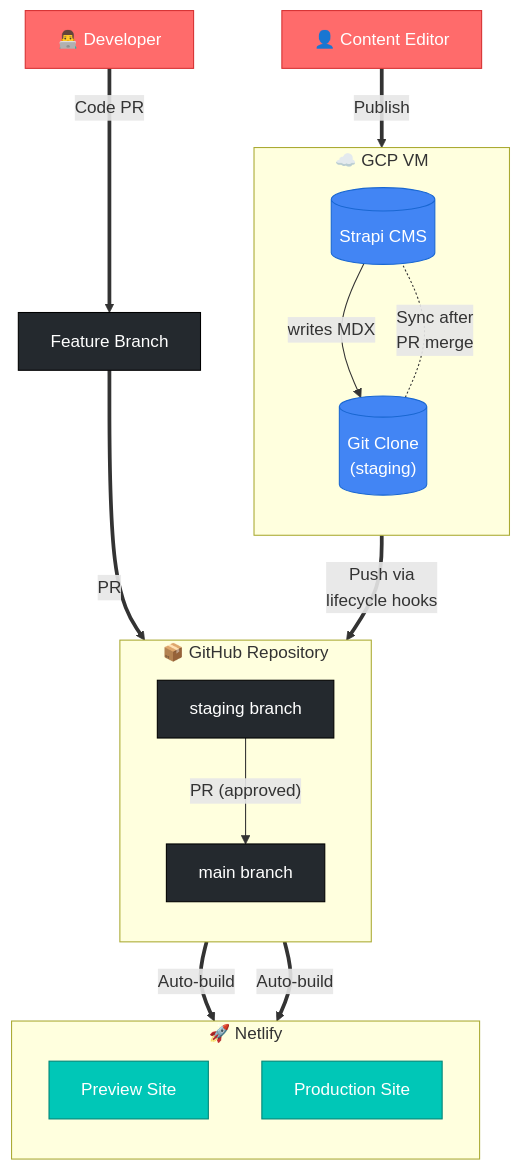
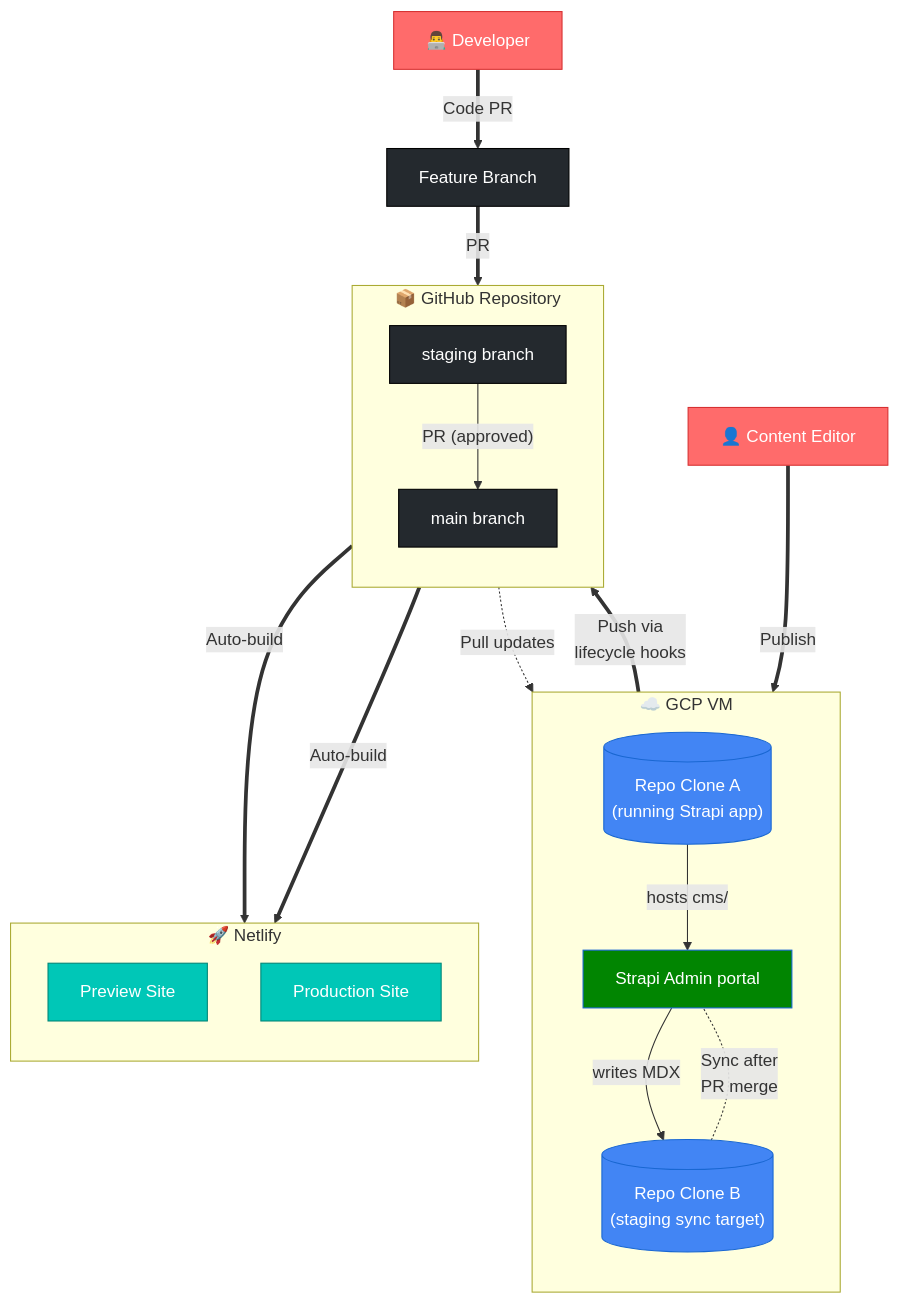
Before and after one commit to interledger/interledger.org-v5: the diagram in README.md, drawn with Mermaid. The commit also changed other lines of this file, not shown here.

Commit message:
dosc: graph now shows two repos

````diff
--- a/README.md
+++ b/README.md
@@ -20,49 +20,54 @@
 ```mermaid
 flowchart
     subgraph gcp["☁️ GCP VM"]
         direction TB
-        strapi[(Strapi CMS)]
-        gitclone[("Git Clone<br/>(staging)")]
-        strapi -->|"writes MDX"| gitclone
+        appclone[("Repo Clone A<br/>(running Strapi app)")]
+        stagingclone[("Repo Clone B<br/>(staging sync target)")]
+        strapi[Strapi Admin portal]
+        appclone -->|"hosts cms/"| strapi
+        strapi -->|"writes MDX"| stagingclone
     end
 
     subgraph github["📦 GitHub Repository"]
         direction TB
         staging["staging branch"]
         main["main branch"]
     end
 
     subgraph netlify["🚀 Netlify"]
         direction TB
         preview["Preview Site"]
         production["Production Site"]
     end
 
     editor["👤 Content Editor"]
     dev["👨‍💻 Developer"]
     feature["Feature Branch"]
 
     editor ==>|"Publish"| strapi
     dev ==>|"Code PR"| feature
 
-    gitclone ==>|"Push via<br/>lifecycle hooks"| staging
+    stagingclone ==>|"Push via<br/>lifecycle hooks"| staging
     feature ==>|"PR"| staging
 
     staging ==>|"Auto-build"| preview
     staging -->|"PR (approved)"| main
 
     main ==>|"Auto-build"| production
 
-    gitclone -.-|"Sync after<br/>PR merge"| strapi
+    staging -.->|"Pull updates"| stagingclone
+    stagingclone -.-|"Sync after<br/>PR merge"| strapi
 
     classDef gcpStyle fill:#4285f4,stroke:#1967d2,color:#fff
+    classDef portalStyle fill:#018501,stroke:#1967d2,color:#fff    
     classDef githubStyle fill:#24292e,stroke:#000,color:#fff
     classDef netlifyStyle fill:#00c7b7,stroke:#008577,color:#fff
     classDef userStyle fill:#ff6b6b,stroke:#d63031,color:#fff
     classDef branchStyle fill:#6c5ce7,stroke:#5f3dc4,color:#fff
 
-    class strapi,gitclone gcpStyle
+    class strapi portalStyle
+    class appclone,stagingclone gcpStyle
     class staging,main,feature githubStyle
     class preview,production netlifyStyle
     class editor,dev userStyle
 ```
````
